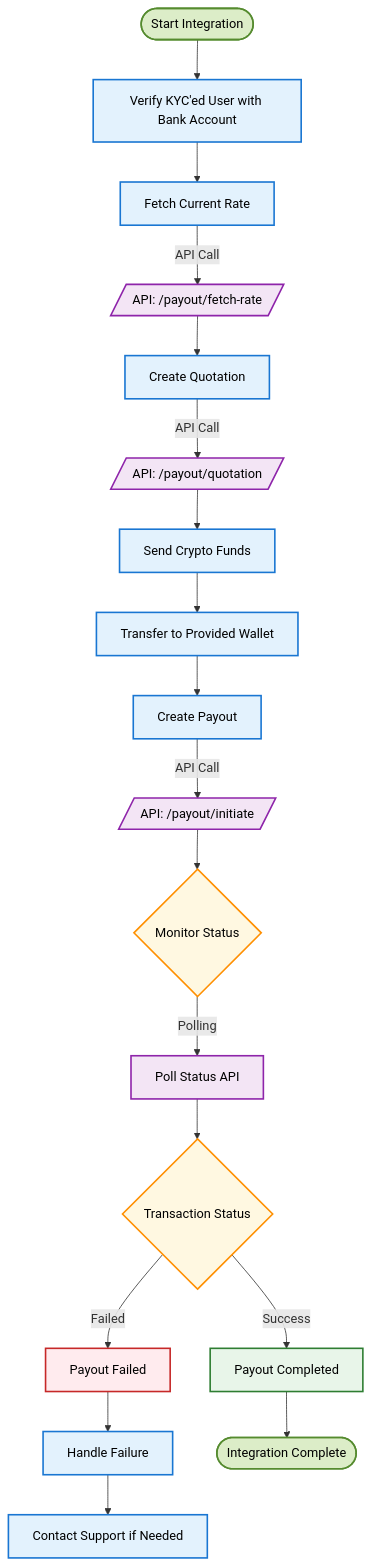
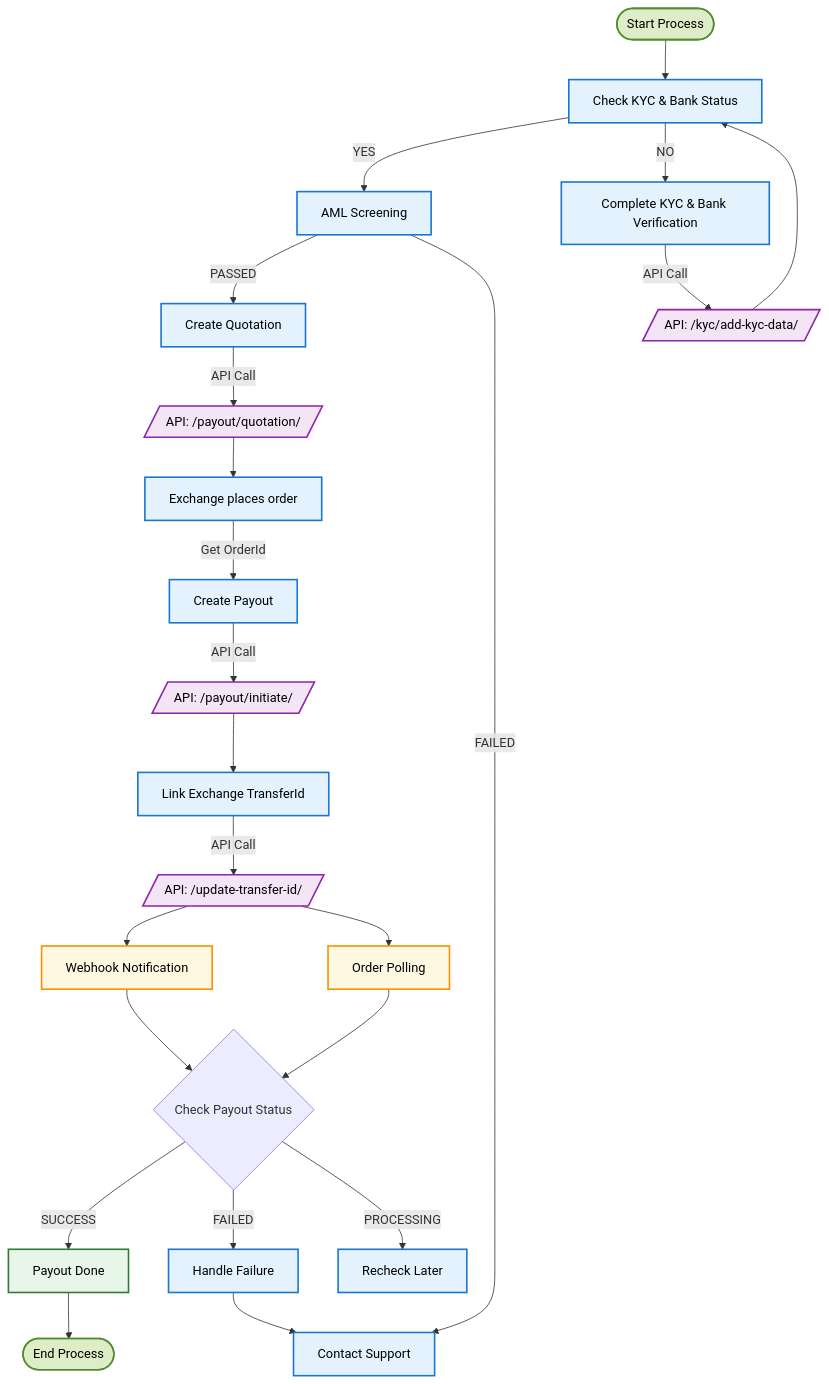
The first of 2 diagrams in api-reference-exchange/integration-guides/payout-integration-guide.mdx (DollarPe-Infra/docs), drawn with Mermaid before and after one commit. The commit also changed other lines of this file and 4 other files, not shown here.

````diff
--- a/api-reference-exchange/integration-guides/payout-integration-guide.mdx
+++ b/api-reference-exchange/integration-guides/payout-integration-guide.mdx
@@ -38,44 +45,47 @@
 ```mermaid
 flowchart TD
-    Start([Start Integration]) --> KYCCheck[Verify KYC'ed User with Bank Account]
-    
-    KYCCheck --> FetchRate[Fetch Current Rate]
-    FetchRate -->|API Call| FetchRateAPI[/API: /payout/fetch-rate/]
-    
-    FetchRateAPI --> CreateQuote[Create Quotation]
-    CreateQuote -->|API Call| QuoteAPI[/API: /payout/quotation/]
-    
-    QuoteAPI --> SendFunds[Send Crypto Funds]
-    SendFunds --> WalletTransfer[Transfer to Provided Wallet]
-    
-    WalletTransfer --> CreatePayout[Create Payout]
-    CreatePayout -->|API Call| PayoutAPI[/API: /payout/initiate/]
-    
-    PayoutAPI --> MonitorStatus{Monitor Status}
-    
-    MonitorStatus -->|Polling| StatusCheck[Poll Status API]
-    
-    StatusCheck --> StatusEval{Transaction Status}
-    
-    StatusEval -->|Success| Success[Payout Completed]
-    StatusEval -->|Failed| Failed[Payout Failed]
-    
-    Failed --> HandleFailure[Handle Failure]
-    HandleFailure --> ContactSupport[Contact Support if Needed]
-    
-    Success --> Complete([Integration Complete])
+    Start([Start Process]) --> CheckKYC["Check KYC & Bank Status"]
+    CheckKYC -->|YES| AMLScreening["AML Screening"]
+    CheckKYC -->|NO| AddKYC["Complete KYC & Bank Verification"]
+
+    AddKYC -->|API Call| KycAPI[/"API: /kyc/add-kyc-data/"/]
+    KycAPI --> CheckKYC
+
+    AMLScreening -->|PASSED| CreateQuote["Create Quotation"]
+    AMLScreening -->|FAILED| ContactSupport["Contact Support"]
+
+    CreateQuote -->|API Call| QuoteAPI[/"API: /payout/quotation/"/]
+    QuoteAPI --> PlaceOrder["Exchange places order"]
+    PlaceOrder -->|Get OrderId| InitiatePayout["Create Payout"]
+
+    InitiatePayout -->|API Call| PayoutAPI[/"API: /payout/initiate/"/]
+    PayoutAPI --> LinkTransfer["Link Exchange TransferId"]
+
+    LinkTransfer -->|API Call| LinkAPI[/"API: /update-transfer-id/"/]
+    LinkAPI --> WebhookNotification["Webhook Notification"]
+    LinkAPI --> PollStatus["Order Polling"]
+
+    WebhookNotification --> PayoutStatus{"Check Payout Status"}
+    PollStatus --> PayoutStatus
+
+    PayoutStatus -->|SUCCESS| PayoutDone["Payout Done"]
+    PayoutStatus -->|FAILED| HandleFail["Handle Failure"]
+    PayoutStatus -->|PROCESSING| WaitRetry["Recheck Later"]
+
+    HandleFail --> ContactSupport
+    PayoutDone --> End([End Process])
 
     classDef startEndNode fill:#dcedc8,stroke:#558b2f,stroke-width:2px,color:#000
     classDef mainNode fill:#e3f2fd,stroke:#1976d2,stroke-width:2px,color:#000
     classDef apiNode fill:#f3e5f5,stroke:#8e24aa,stroke-width:2px,color:#000
     classDef stateNode fill:#e8f5e9,stroke:#2e7d32,stroke-width:2px,color:#000
     classDef failureNode fill:#ffebee,stroke:#c62828,stroke-width:2px,color:#000
     classDef waitNode fill:#fff8e1,stroke:#ff8f00,stroke-width:2px,color:#000
 
-    class Start,Complete startEndNode
-    class KYCCheck,FetchRate,CreateQuote,SendFunds,WalletTransfer,CreatePayout,HandleFailure,ContactSupport mainNode
-    class FetchRateAPI,QuoteAPI,PayoutAPI,StatusCheck apiNode
-    class Success stateNode
-    class Failed failureNode
-    class MonitorStatus,StatusEval waitNode
+    class Start,End startEndNode
+    class CheckKYC,AddKYC,AMLScreening,CreateQuote,PlaceOrder,InitiatePayout,LinkTransfer,HandleFail,ContactSupport,WaitRetry mainNode
+    class KycAPI,QuoteAPI,PayoutAPI,LinkAPI apiNode
+    class WebhookNotification,PollStatus waitNode
+    class PayoutDone stateNode
+    class PayoutStatus decision
 ```
````
